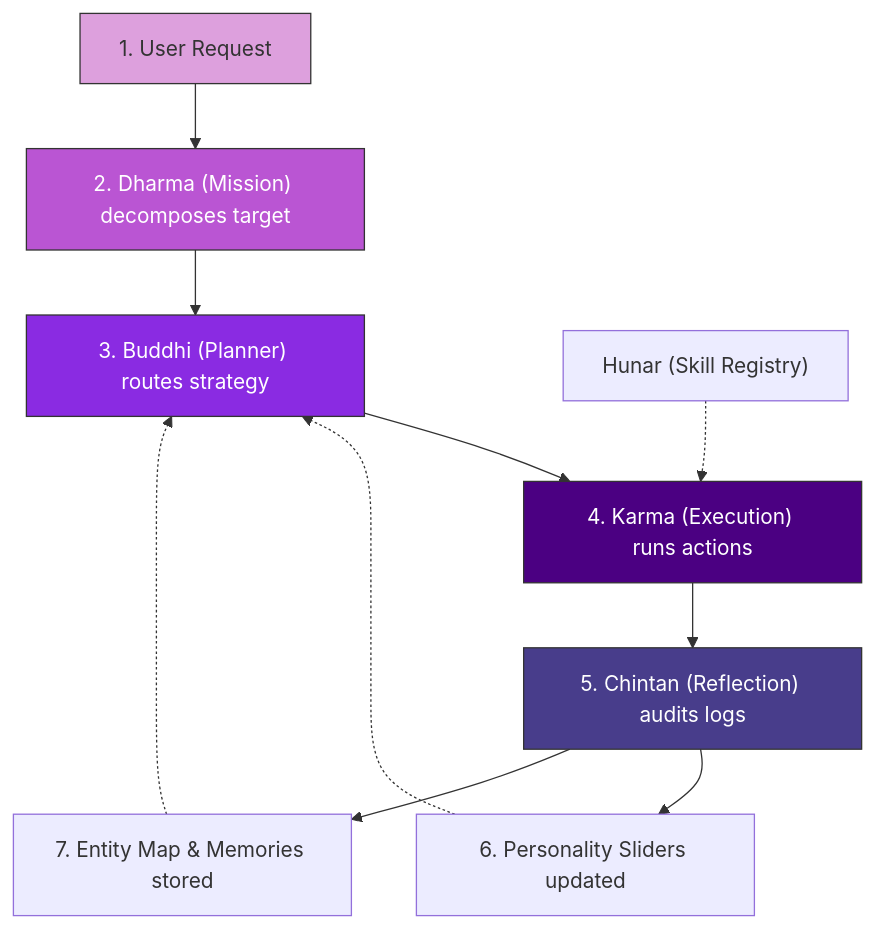
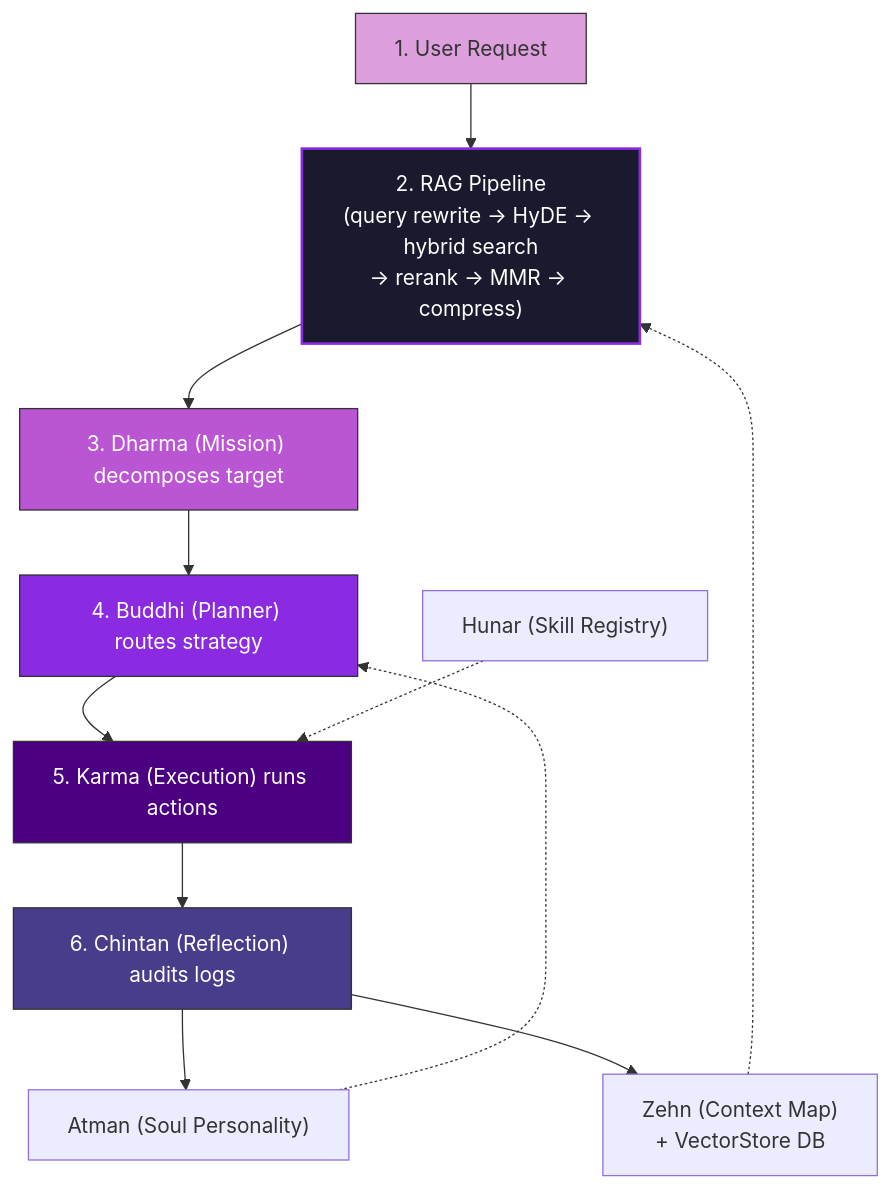
One commit to TheYuvrajMishra/Brahma changed the diagram in documentation/Brahma_Workflow.md. Above: the diagram before and after it, drawn with Mermaid. The commit also changed other lines of this file and 5 other files, not shown here.

````diff
--- a/documentation/Brahma_Workflow.md
+++ b/documentation/Brahma_Workflow.md
@@ -17,18 +17,20 @@
 ```mermaid
 graph TD
-    User["1. User Request"] --> Dharma["2. Dharma (Mission) decomposes target"]
-    Dharma --> Buddhi["3. Buddhi (Planner) routes strategy"]
-    Zehn["Zehn (Context Map)"] -.-> Buddhi
+    User["1. User Request"] --> RAG["2. RAG Pipeline\n(query rewrite → HyDE → hybrid search\n→ rerank → MMR → compress)"]
+    RAG --> Dharma["3. Dharma (Mission) decomposes target"]
+    Dharma --> Buddhi["4. Buddhi (Planner) routes strategy"]
+    Zehn["Zehn (Context Map)\n+ VectorStore DB"] -.-> RAG
     Atman["Atman (Soul Personality)"] -.-> Buddhi
-    Buddhi --> Karma["4. Karma (Execution) runs actions"]
+    Buddhi --> Karma["5. Karma (Execution) runs actions"]
     Hunar["Hunar (Skill Registry)"] -.-> Karma
-    Karma --> Chintan["5. Chintan (Reflection) audits logs"]
-    Chintan --> Atman["6. Personality Sliders updated"]
-    Chintan --> Zehn["7. Entity Map & Memories stored"]
-    
+    Karma --> Chintan["6. Chintan (Reflection) audits logs"]
+    Chintan --> Atman
+    Chintan --> Zehn
+
     style User fill:#DDA0DD,stroke:#333,stroke-width:1px
+    style RAG fill:#1a1a2e,stroke:#8A2BE2,stroke-width:2px,color:#fff
     style Dharma fill:#BA55D3,stroke:#333,stroke-width:1px,color:#fff
     style Buddhi fill:#8A2BE2,stroke:#333,stroke-width:1px,color:#fff
     style Karma fill:#4B0082,stroke:#333,stroke-width:1px,color:#fff
     style Chintan fill:#483D8B,stroke:#333,stroke-width:1px,color:#fff
 ```
````
